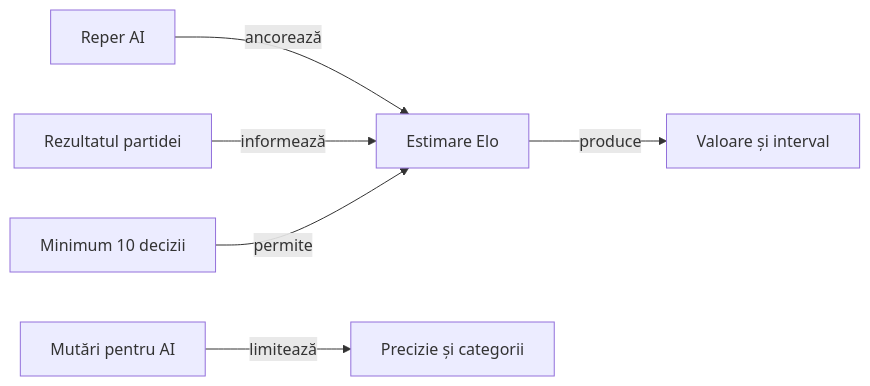
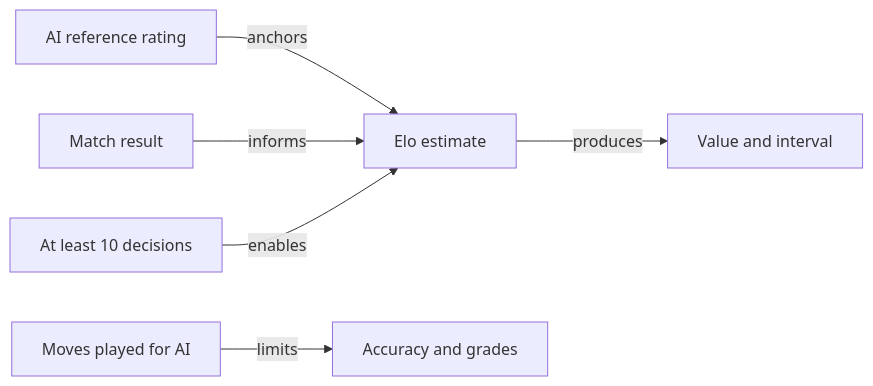
One commit to crististefanita/atf_j7 changed the third of 4 diagrams in docs/board/game-review.md. Above: the diagram before and after it, drawn with Mermaid. The commit also changed other lines of this file and 30 other files, not shown here.

````diff
--- a/docs/board/game-review.md
+++ b/docs/board/game-review.md
@@ -98,8 +98,8 @@
 ```mermaid
 flowchart LR
-    A["Reper AI"] -->|ancorează| E["Estimare Elo"]
-    B["Rezultatul partidei"] -->|informează| E
-    C["Minimum 10 decizii"] -->|permite| E
-    E -->|produce| D["Valoare și interval"]
-    H["Mutări pentru AI"] -->|limitează| F["Precizie și categorii"]
+    A["AI reference rating"] -->|anchors| E["Elo estimate"]
+    B["Match result"] -->|informs| E
+    C["At least 10 decisions"] -->|enables| E
+    E -->|produces| D["Value and interval"]
+    H["Moves played for AI"] -->|limits| F["Accuracy and grades"]
 ```
````
